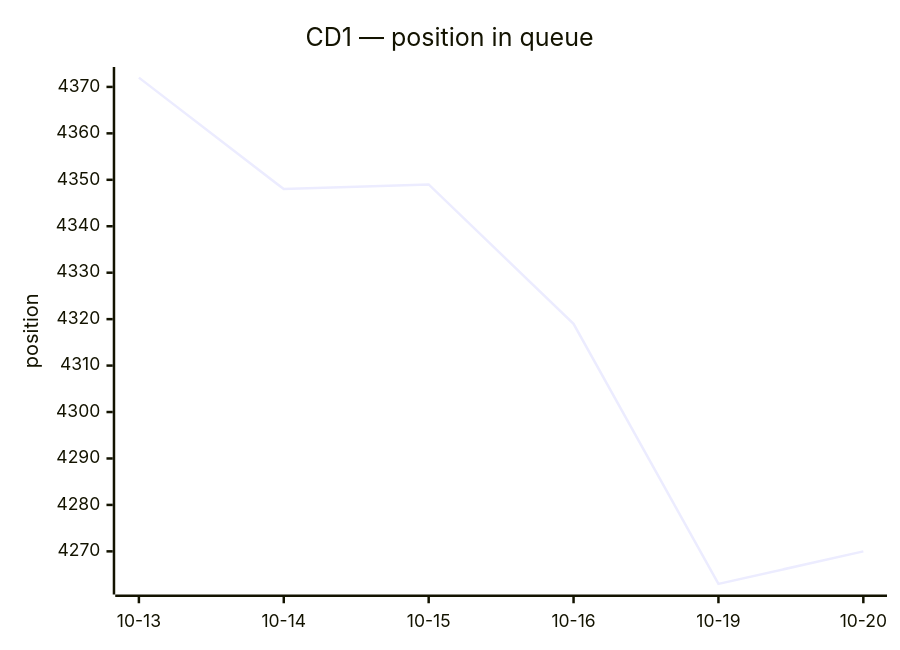
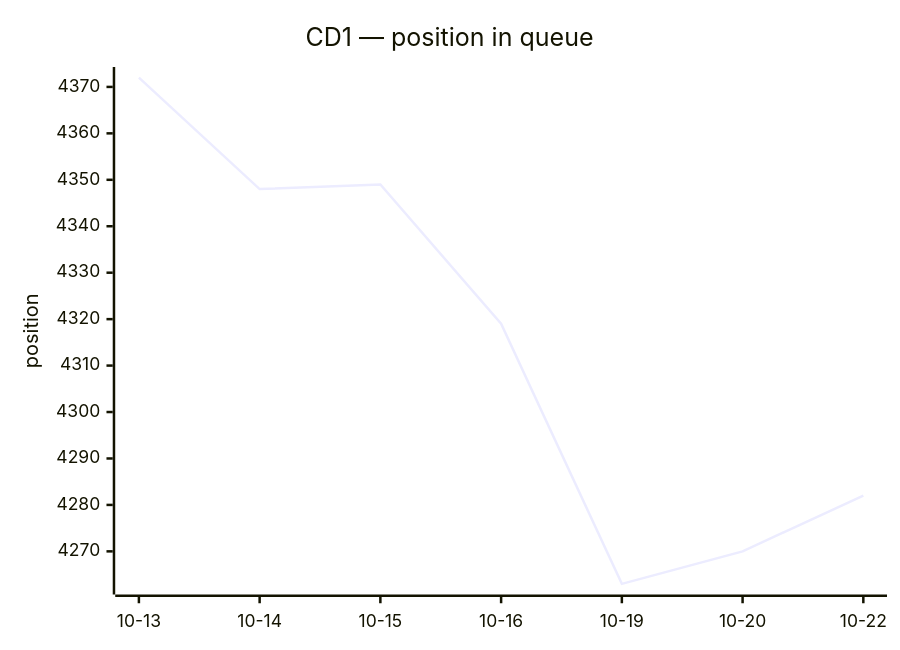
The second of 2 diagrams in queue/README.md (thyarles/thyarles), drawn with Mermaid before and after one commit. The commit also changed other lines of this file and 2 other files, not shown here.

````diff
--- a/queue/README.md
+++ b/queue/README.md
@@ -101,7 +101,7 @@
 ```mermaid
 xychart-beta
   title "CD1 — position in queue"
-  x-axis ["10-13", "10-14", "10-15", "10-16", "10-19", "10-20"]
+  x-axis ["10-13", "10-14", "10-15", "10-16", "10-19", "10-20", "10-22"]
   y-axis "position"
-  line [4372, 4348, 4349, 4319, 4263, 4270]
+  line [4372, 4348, 4349, 4319, 4263, 4270, 4282]
 ```
````
